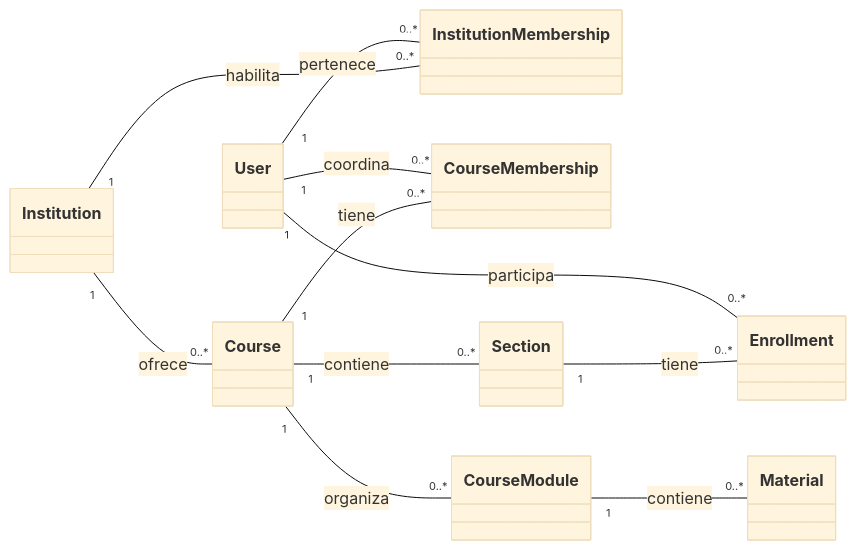
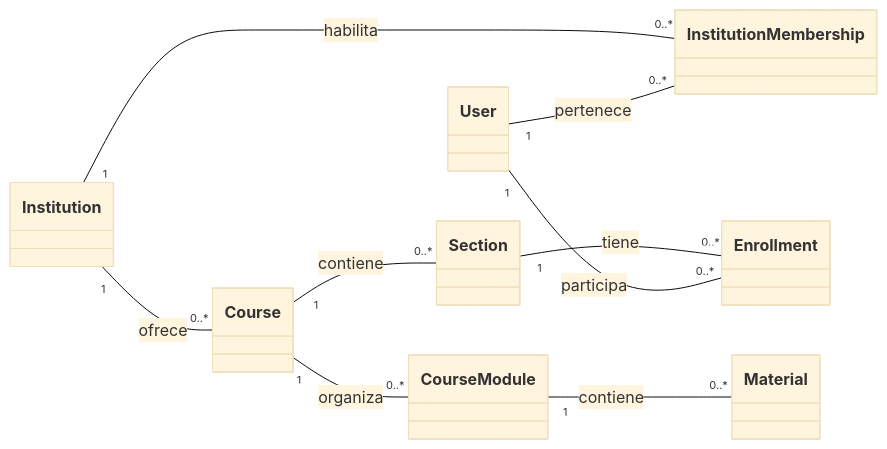
The first of 2 diagrams in docs/deliveries/2/05-domain-model-uml.md (dvillas28/lock-in-team-iic3143-202602), drawn with Mermaid (base theme) before and after one commit. The commit also changed other lines of this file and 11 other files, not shown here.

````diff
--- a/docs/deliveries/2/05-domain-model-uml.md
+++ b/docs/deliveries/2/05-domain-model-uml.md
@@ -9,25 +9,22 @@
 ```mermaid
 classDiagram
   direction LR
 
   class Institution
   class User
   class InstitutionMembership
   class Course
-  class CourseMembership
   class Section
   class Enrollment
   class CourseModule
   class Material
 
   Institution "1" -- "0..*" InstitutionMembership : habilita
   User "1" -- "0..*" InstitutionMembership : pertenece
   Institution "1" -- "0..*" Course : ofrece
-  Course "1" -- "0..*" CourseMembership : tiene
-  User "1" -- "0..*" CourseMembership : coordina
   Course "1" -- "0..*" Section : contiene
   Section "1" -- "0..*" Enrollment : tiene
   User "1" -- "0..*" Enrollment : participa
   Course "1" -- "0..*" CourseModule : organiza
   CourseModule "1" -- "0..*" Material : contiene
 ```
````
